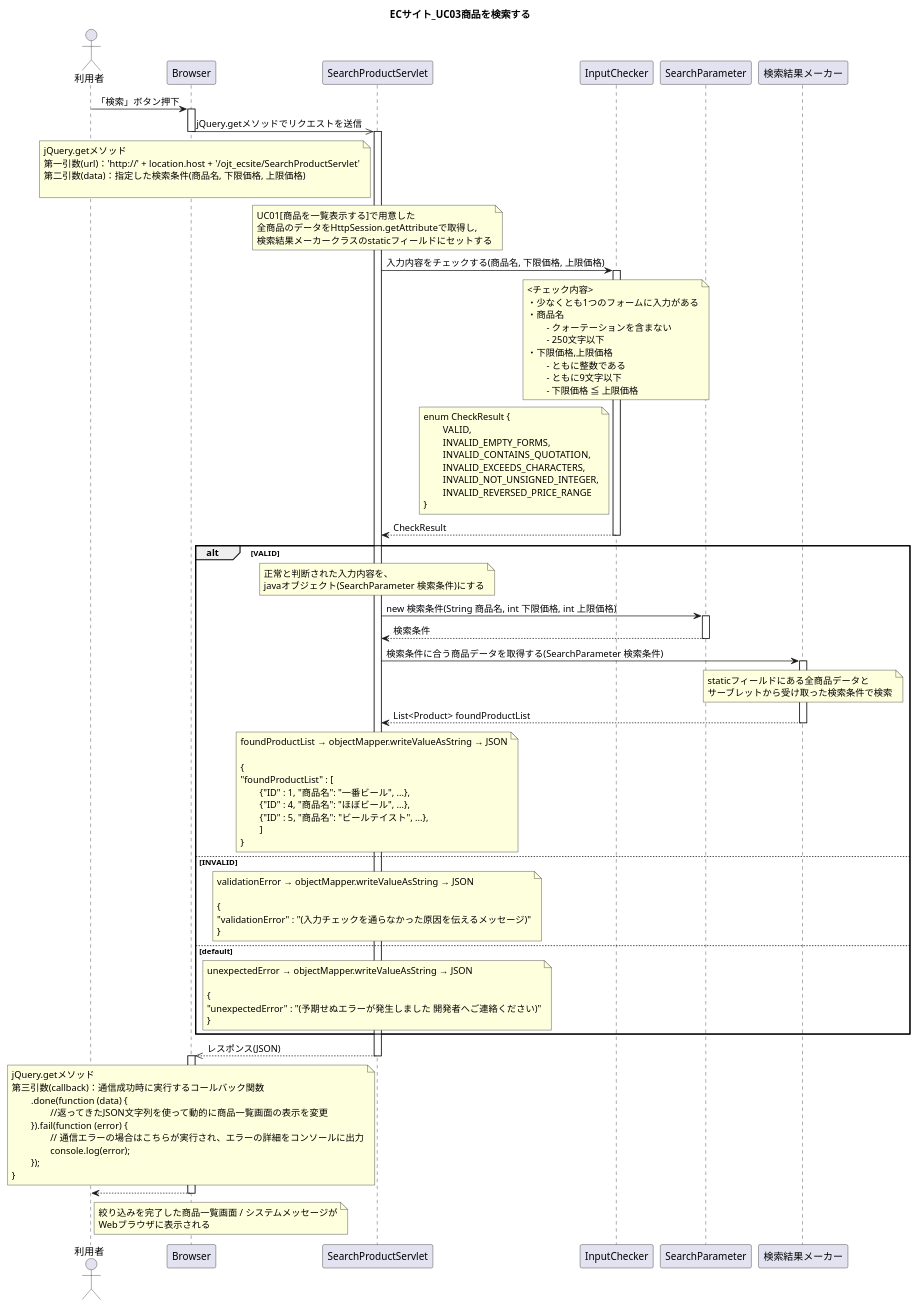
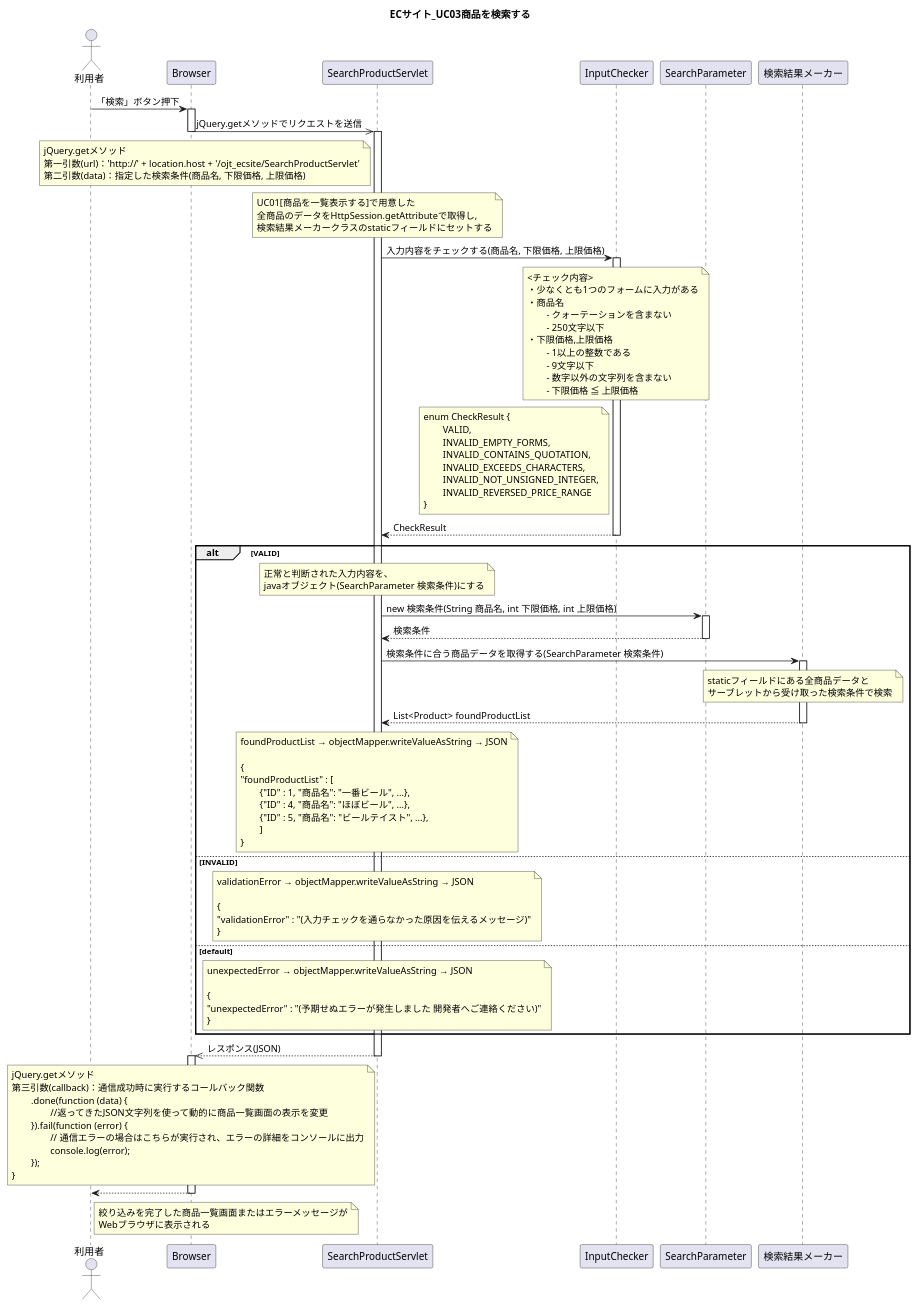
Before and after one commit to wnakayama/ojt_ecsite: the diagram in UML/Sequence03.puml, drawn with PlantUML. The commit also changed 3 other files, not shown here.

```diff
--- a/UML/Sequence03.puml
+++ b/UML/Sequence03.puml
@@ -1,138 +1,138 @@
 @startuml
 title ECサイト_UC03商品を検索する
 
 actor 利用者
 
 利用者 -> Browser : 「検索」ボタン押下
 activate Browser
 
 Browser ->> SearchProductServlet : jQuery.getメソッドでリクエストを送信
 deactivate Browser
 activate SearchProductServlet
 
 	note left of SearchProductServlet
 	jQuery.getメソッド
 	第一引数(url)：'http://' + location.host + '/ojt_ecsite/SearchProductServlet'
 	第二引数(data)：指定した検索条件(商品名, 下限価格, 上限価格)
-
 	end note
 
 	note over SearchProductServlet
 	UC01[商品を一覧表示する]で用意した
 	全商品のデータをHttpSession.getAttributeで取得し,
 	検索結果メーカークラスのstaticフィールドにセットする
 	end note
 
 SearchProductServlet -> InputChecker : 入力内容をチェックする(商品名, 下限価格, 上限価格)
 activate InputChecker
 
 	note over InputChecker
 	<チェック内容>
 	・少なくとも1つのフォームに入力がある
 	・商品名
 		- クォーテーションを含まない
 		- 250文字以下
 	・下限価格,上限価格
-		- ともに整数である
-		- ともに9文字以下
+		- 1以上の整数である
+		- 9文字以下
+		- 数字以外の文字列を含まない
 		- 下限価格 ≦ 上限価格
 	end note
 
 	note left of InputChecker 
 	enum CheckResult {
 		VALID,
 		INVALID_EMPTY_FORMS,
 		INVALID_CONTAINS_QUOTATION,
 		INVALID_EXCEEDS_CHARACTERS,
 		INVALID_NOT_UNSIGNED_INTEGER,
 		INVALID_REVERSED_PRICE_RANGE
 	}
 	end note
 
 SearchProductServlet <-- InputChecker : CheckResult
 deactivate InputChecker
 
 
 alt VALID
 	
 	note over SearchProductServlet
 	正常と判断された入力内容を、
 	javaオブジェクト(SearchParameter 検索条件)にする
 	end note
 
 SearchProductServlet -> SearchParameter : new 検索条件(String 商品名, int 下限価格, int 上限価格)
 activate SearchParameter
 SearchProductServlet <-- SearchParameter : 検索条件
 deactivate SearchParameter
 
 SearchProductServlet -> 検索結果メーカー : 検索条件に合う商品データを取得する(SearchParameter 検索条件)
 activate 検索結果メーカー
 
 	note over 検索結果メーカー
 	staticフィールドにある全商品データと
 	サーブレットから受け取った検索条件で検索
 	end note
 
 SearchProductServlet <-- 検索結果メーカー : List<Product> foundProductList
 deactivate 検索結果メーカー
 
 	note over SearchProductServlet
 	foundProductList → objectMapper.writeValueAsString → JSON
 
 	{
 	"foundProductList" : [
 		{"ID" : 1, "商品名": "一番ビール", ...},
 		{"ID" : 4, "商品名": "ほぼビール", ...},
 		{"ID" : 5, "商品名": "ビールテイスト", ...},
 		]
 	}
 	end note
 
 else INVALID
 
 	note over SearchProductServlet
 	validationError → objectMapper.writeValueAsString → JSON
 
 	{
 	"validationError" : "(入力チェックを通らなかった原因を伝えるメッセージ)"
 	}
 	end note
 
 else default
 
 	note over SearchProductServlet
 	unexpectedError → objectMapper.writeValueAsString → JSON
 
 	{
 	"unexpectedError" : "(予期せぬエラーが発生しました 開発者へご連絡ください)"
 	}
 	end note
 
 end
 
 Browser <<-- SearchProductServlet : レスポンス(JSON)
 deactivate SearchProductServlet
 activate Browser
 
 	note left of SearchProductServlet
 	jQuery.getメソッド
 	第三引数(callback)：通信成功時に実行するコールバック関数
 		.done(function (data) {
 			//返ってきたJSON文字列を使って動的に商品一覧画面の表示を変更
 		}).fail(function (error) {
 			// 通信エラーの場合はこちらが実行され、エラーの詳細をコンソールに出力
 			console.log(error);
 		});
 	}
 	end note
 
 
 利用者 <-- Browser
 	note right of 利用者
-	絞り込みを完了した商品一覧画面 / システムメッセージが
+	絞り込みを完了した商品一覧画面またはエラーメッセージが
 	Webブラウザに表示される
 	end note
 
 deactivate Browser
 
 @enduml
```
